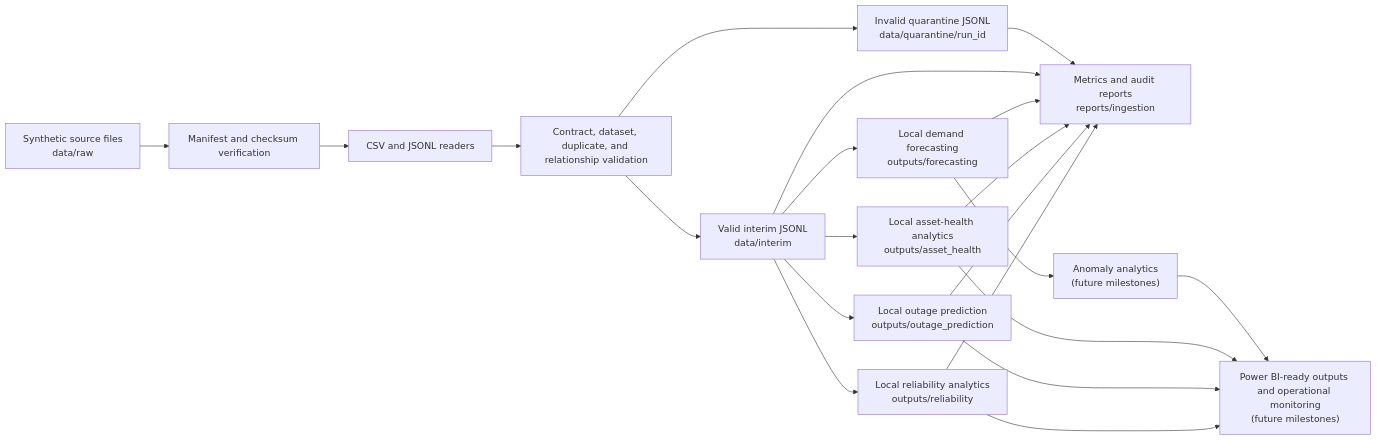
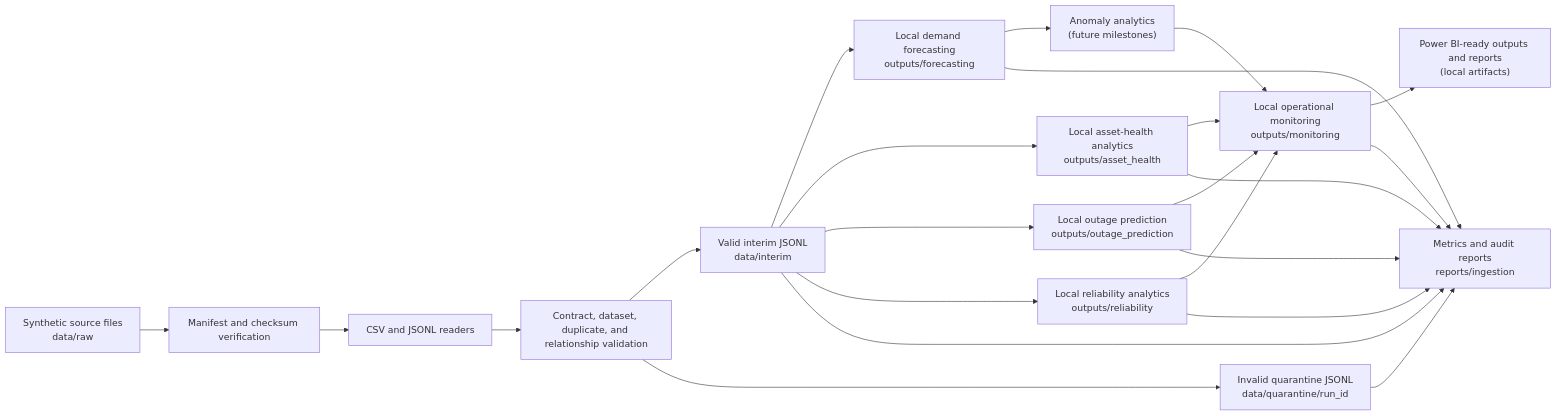
Before and after one commit to Ibraheemolasupogit/azure-grid-reliability-intelligence-platform: the diagram in docs/architecture/data-flow.md, drawn with Mermaid. The commit also changed other lines of this file and 28 other files, not shown here.

````diff
--- a/docs/architecture/data-flow.md
+++ b/docs/architecture/data-flow.md
@@ -5,28 +5,30 @@
 ```mermaid
 flowchart LR
     inputs["Synthetic source files<br/>data/raw"]
     manifest["Manifest and checksum verification"]
     ingestion["CSV and JSONL readers"]
     validation["Contract, dataset, duplicate, and relationship validation"]
     interim["Valid interim JSONL<br/>data/interim"]
     quarantine["Invalid quarantine JSONL<br/>data/quarantine/run_id"]
     reports["Metrics and audit reports<br/>reports/ingestion"]
     forecasting["Local demand forecasting<br/>outputs/forecasting"]
     assethealth["Local asset-health analytics<br/>outputs/asset_health"]
     outage["Local outage prediction<br/>outputs/outage_prediction"]
     reliability["Local reliability analytics<br/>outputs/reliability"]
     analytics["Anomaly analytics<br/>(future milestones)"]
-    reporting["Power BI-ready outputs and operational monitoring<br/>(future milestones)"]
+    monitoring["Local operational monitoring<br/>outputs/monitoring"]
+    reporting["Power BI-ready outputs and reports<br/>(local artifacts)"]
 
     inputs --> manifest --> ingestion --> validation
-    validation --> interim --> forecasting --> analytics --> reporting
-    interim --> assethealth --> reporting
-    interim --> outage --> reporting
-    interim --> reliability --> reporting
+    validation --> interim --> forecasting --> analytics --> monitoring --> reporting
+    interim --> assethealth --> monitoring
+    interim --> outage --> monitoring
+    interim --> reliability --> monitoring
     validation --> quarantine --> reports
     interim --> reports
     forecasting --> reports
     assethealth --> reports
     outage --> reports
     reliability --> reports
+    monitoring --> reports
 ```
````
